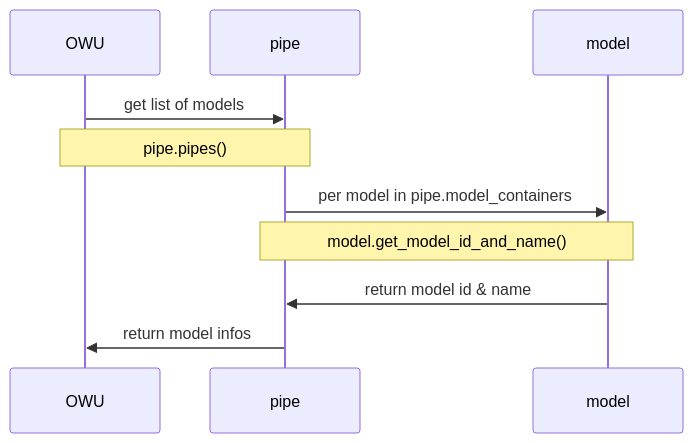
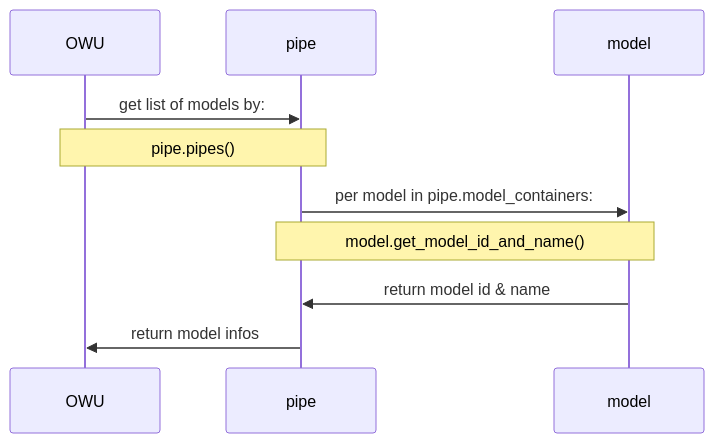
One commit to kami-lel/dify-open-webui-adapter changed the third of 3 diagrams in README.md. Above: the diagram before and after it, drawn with Mermaid. The commit also changed other lines of this file, not shown here.

Commit message:
Refine sequence diagram annotations for clarity and consistency
~`README.md`

````diff
--- a/README.md
+++ b/README.md
@@ -181,12 +181,12 @@
 ```mermaid
 sequenceDiagram
-    OWU->>pipe: get list of models
+    OWU->>pipe: get list of models by:
     note over OWU,pipe: pipe.pipes()
 
-    pipe->>model: per model in pipe.model_containers
+    pipe->>model: per model in pipe.model_containers:
     note over pipe,model: model.get_model_id_and_name()
 
     model->>pipe: return model id & name
 
     pipe->>OWU:return model infos
 ```
````
